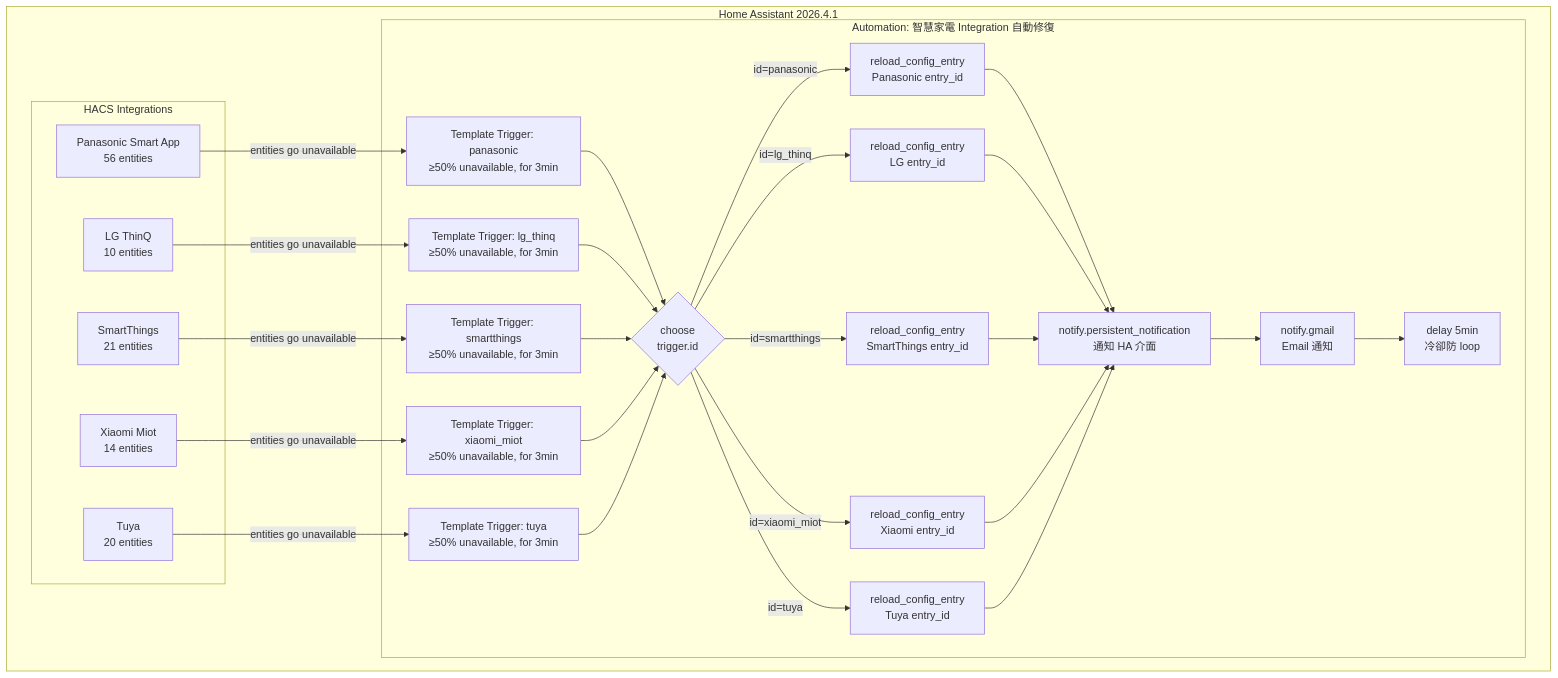
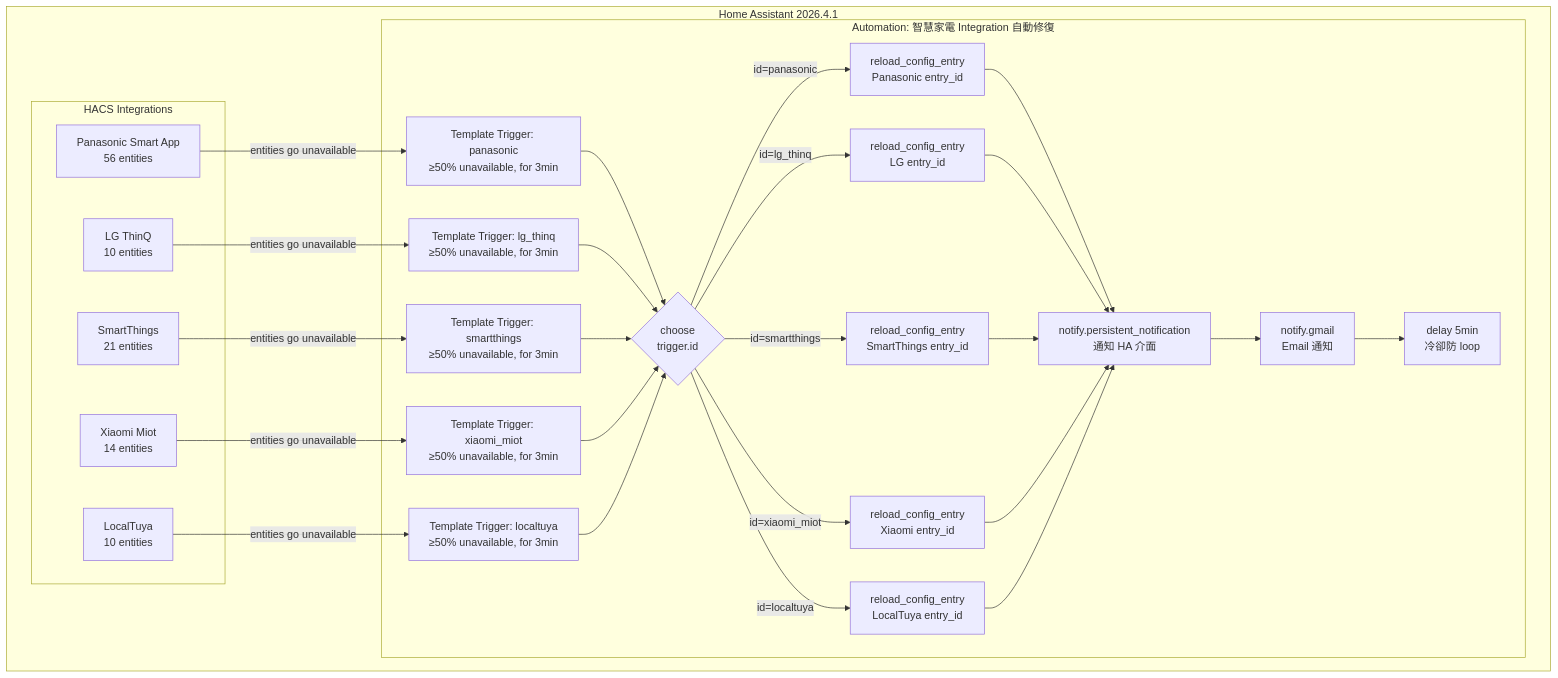
Before and after one commit to MansionLai/notebook: the diagram in homeassistant/integration-watchdog/architecture.md, drawn with Mermaid. The commit also changed other lines of this file and 1 other file, not shown here.

First line of the commit message:
homeassistant: replace Tuya with LocalTuya in integration watchdog

````diff
--- a/homeassistant/integration-watchdog/architecture.md
+++ b/homeassistant/integration-watchdog/architecture.md
@@ -26,58 +26,58 @@
 ```mermaid
 graph TD
     subgraph HA["Home Assistant 2026.4.1"]
         subgraph Integrations["HACS Integrations"]
             P[Panasonic Smart App<br/>56 entities]
             L[LG ThinQ<br/>10 entities]
             S[SmartThings<br/>21 entities]
             X[Xiaomi Miot<br/>14 entities]
-            TU[Tuya<br/>20 entities]
+            LT[LocalTuya<br/>10 entities]
         end
 
         subgraph Automation["Automation: 智慧家電 Integration 自動修復"]
             T1["Template Trigger: panasonic<br/>≥50% unavailable, for 3min"]
             T2["Template Trigger: lg_thinq<br/>≥50% unavailable, for 3min"]
             T3["Template Trigger: smartthings<br/>≥50% unavailable, for 3min"]
             T4["Template Trigger: xiaomi_miot<br/>≥50% unavailable, for 3min"]
-            T5["Template Trigger: tuya<br/>≥50% unavailable, for 3min"]
+            T5["Template Trigger: localtuya<br/>≥50% unavailable, for 3min"]
 
             C{choose<br/>trigger.id}
 
             A1["reload_config_entry<br/>Panasonic entry_id"]
             A2["reload_config_entry<br/>LG entry_id"]
             A3["reload_config_entry<br/>SmartThings entry_id"]
             A4["reload_config_entry<br/>Xiaomi entry_id"]
-            A5["reload_config_entry<br/>Tuya entry_id"]
+            A5["reload_config_entry<br/>LocalTuya entry_id"]
 
             N["notify.persistent_notification<br/>通知 HA 介面"]
             G["notify.gmail<br/>Email 通知"]
             D["delay 5min<br/>冷卻防 loop"]
         end
     end
 
     P -- "entities go unavailable" --> T1
     L -- "entities go unavailable" --> T2
     S -- "entities go unavailable" --> T3
     X -- "entities go unavailable" --> T4
-    TU -- "entities go unavailable" --> T5
+    LT -- "entities go unavailable" --> T5
 
     T1 --> C
     T2 --> C
     T3 --> C
     T4 --> C
     T5 --> C
 
     C -- "id=panasonic" --> A1
     C -- "id=lg_thinq" --> A2
     C -- "id=smartthings" --> A3
     C -- "id=xiaomi_miot" --> A4
-    C -- "id=tuya" --> A5
+    C -- "id=localtuya" --> A5
 
     A1 --> N
     A2 --> N
     A3 --> N
     A4 --> N
     A5 --> N
     N --> G
     G --> D
 ```
````
